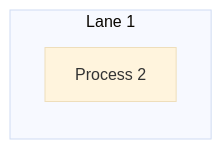
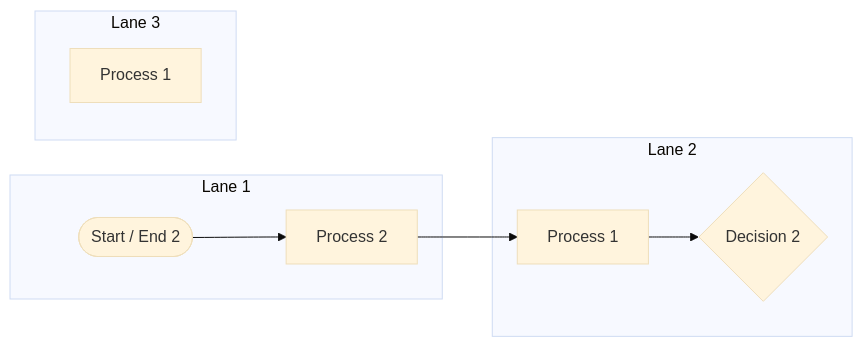
One commit to pingpm/mermaid_vault changed the diagram in mmd/123_9b882ae4-c4df-432b-9e50-9fb05b2c95e5.mmd. Above: the diagram before and after it, drawn with Mermaid (base theme). The commit also changed 2 other files, not shown here.

Commit message:
Sync Mermaid Studio data (14 diagrams)

```diff
--- a/mmd/123_9b882ae4-c4df-432b-9e50-9fb05b2c95e5.mmd
+++ b/mmd/123_9b882ae4-c4df-432b-9e50-9fb05b2c95e5.mmd
@@ -1,5 +1,19 @@
 flowchart LR
   subgraph lane_0["Lane 1"]
     t_0["Process 2"]
-    %% [tag:existing] 已有
+    %% [tag:existing] 已有 | 开启为了加快论文
+    t_1(["Start / End 2"])
   end
+  subgraph lane_1["Lane 2"]
+    t_2{"Decision 2"}
+    %% [tag:existing] 已有 | 阿斯顿撒娇看了大姐撒开
+    t_3["Process 1"]
+    %% [tag:pending] 待确认
+  end
+  subgraph lane_2["Lane 3"]
+    t_4["Process 1"]
+    %% [tag:pending] 待确认 | 123123123
+  end
+  t_1 --> t_0
+  t_0 --> t_3
+  t_3 --> t_2
```
